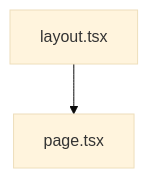
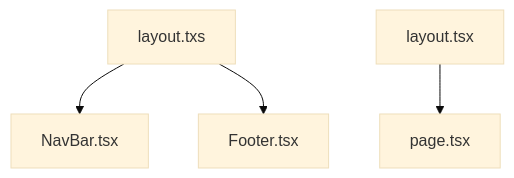
Before and after one commit to wealipay/blog: the diagram in source/_posts/Blender网站源码/流程图.md, drawn with Mermaid (base theme). The commit also changed other lines of this file, not shown here.

```diff
--- a/source/_posts/Blender网站源码/流程图.md
+++ b/source/_posts/Blender网站源码/流程图.md
@@ -9,4 +9,6 @@
 {% mermaid %}
 graph TD;
+layout.txs-->NavBar.tsx;
 layout.tsx-->page.tsx;
+layout.txs-->Footer.tsx;
 {% endmermaid %}
```
